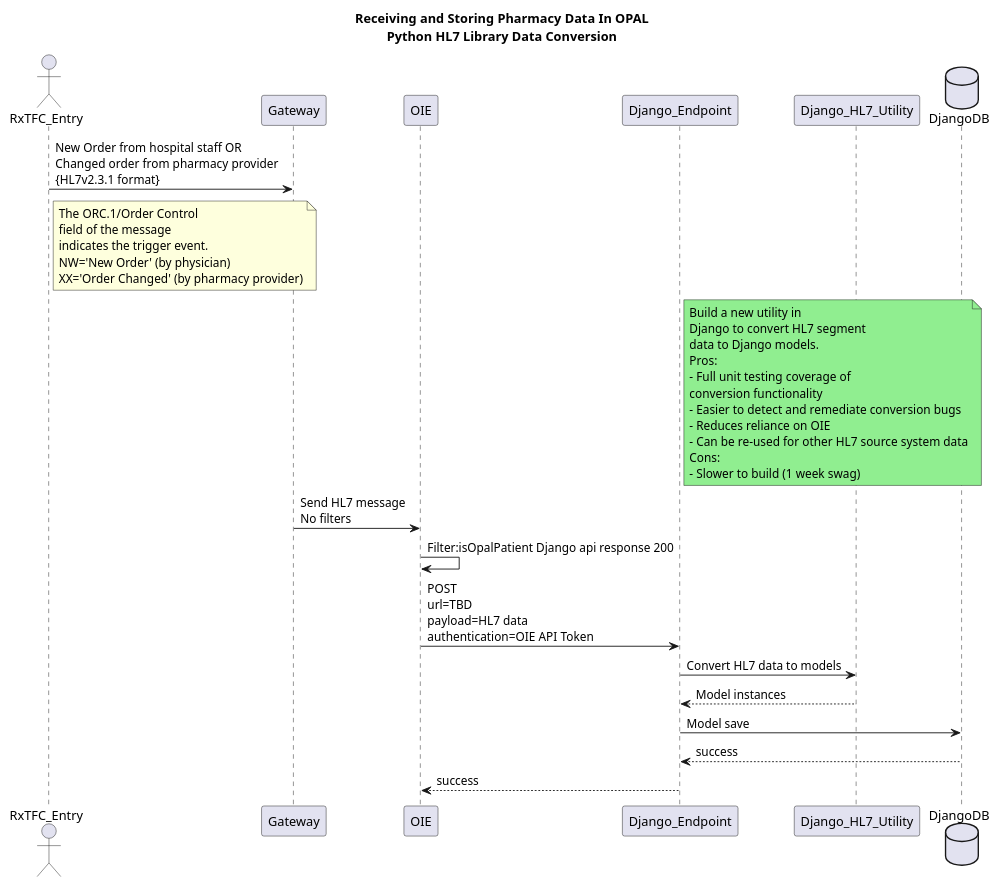
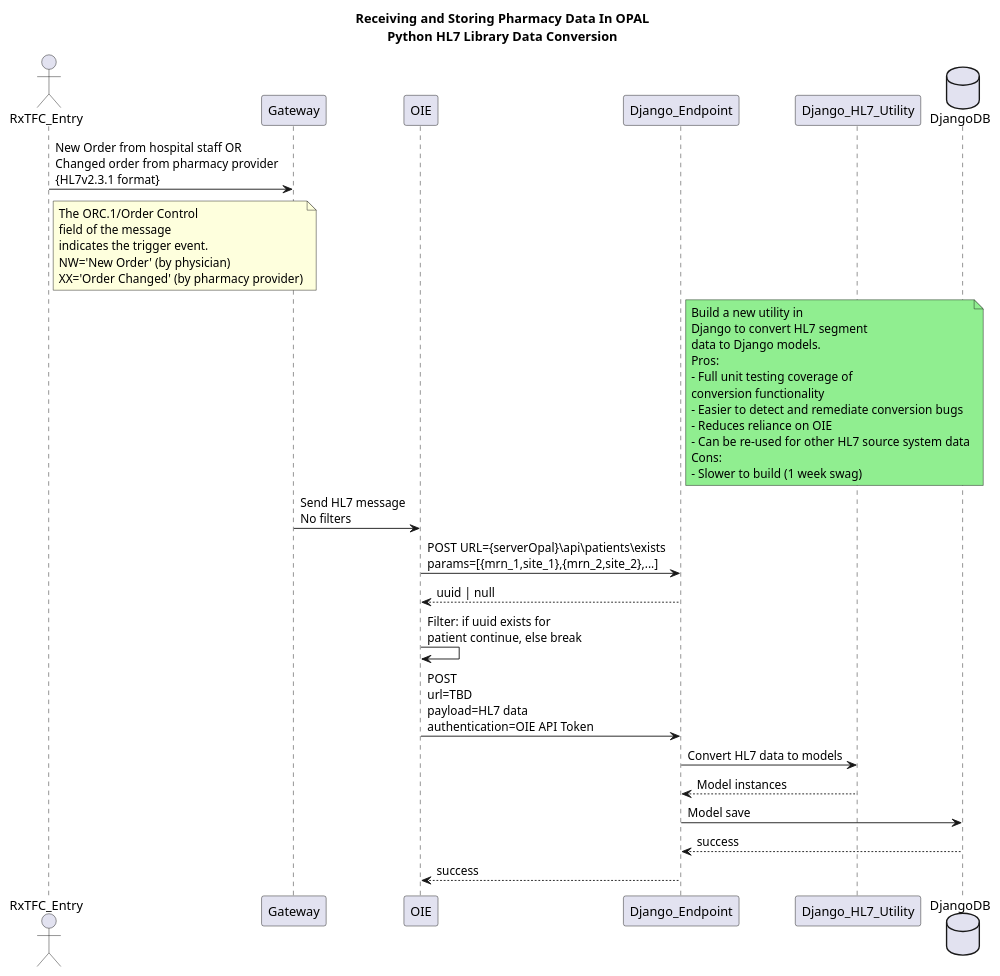
Before and after one commit to opalmedapps/docs: the diagram in docs/architecture/diagrams/pharmacy/gateway_data_sequence.puml, drawn with PlantUML. The commit also changed 1 other file, not shown here.

Commit message:
make seq diagram clearer

```diff
--- a/docs/architecture/diagrams/pharmacy/gateway_data_sequence.puml
+++ b/docs/architecture/diagrams/pharmacy/gateway_data_sequence.puml
@@ -1,42 +1,43 @@
 @startuml name End to End Pharmacy Data
 title Receiving and Storing Pharmacy Data In OPAL\nPython HL7 Library Data Conversion
 
 actor RxTFC_Entry as rxtfc
 participant Gateway as gateway
 participant OIE as oie
 participant Django_Endpoint as django
 participant Django_HL7_Utility as hl7_util
 database DjangoDB as db
 
 rxtfc -> gateway : New Order from hospital staff OR\nChanged order from pharmacy provider\n{HL7v2.3.1 format}
 note right of rxtfc
 The ORC.1/Order Control
 field of the message
 indicates the trigger event.
 NW='New Order' (by physician)
 XX='Order Changed' (by pharmacy provider)
 end note
 note right of django #LightGreen
 Build a new utility in
 Django to convert HL7 segment
 data to Django models.
 Pros:
 - Full unit testing coverage of
 conversion functionality
 - Easier to detect and remediate conversion bugs
 - Reduces reliance on OIE
 - Can be re-used for other HL7 source system data
 Cons:
 - Slower to build (1 week swag)
 end note
 gateway -> oie : Send HL7 message\nNo filters
-
-oie -> oie : Filter:isOpalPatient Django api response 200
+oie -> django: POST URL={serverOpal}\api\patients\exists\nparams=[{mrn_1,site_1},{mrn_2,site_2},...]
+django --> oie: uuid | null
+oie -> oie : Filter: if uuid exists for \npatient continue, else break
 oie -> django : POST\nurl=TBD\npayload=HL7 data\nauthentication=OIE API Token
 django -> hl7_util : Convert HL7 data to models
 hl7_util --> django : Model instances
 django -> db : Model save
 db --> django : success
 django --> oie : success
 
 @enduml
```
